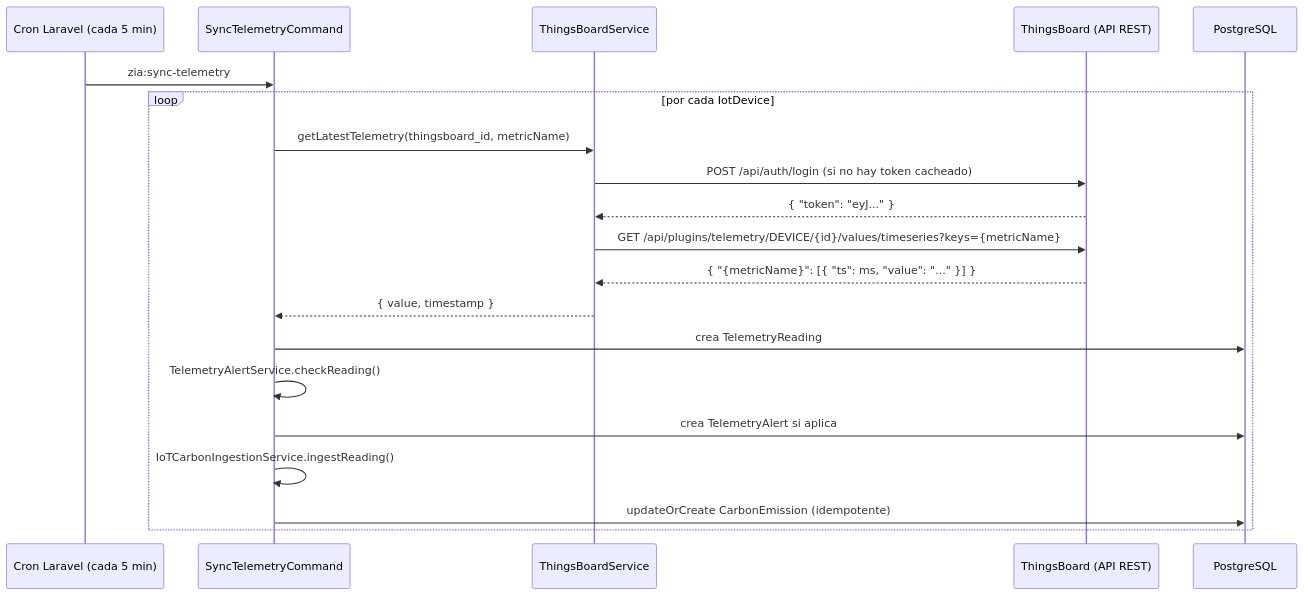
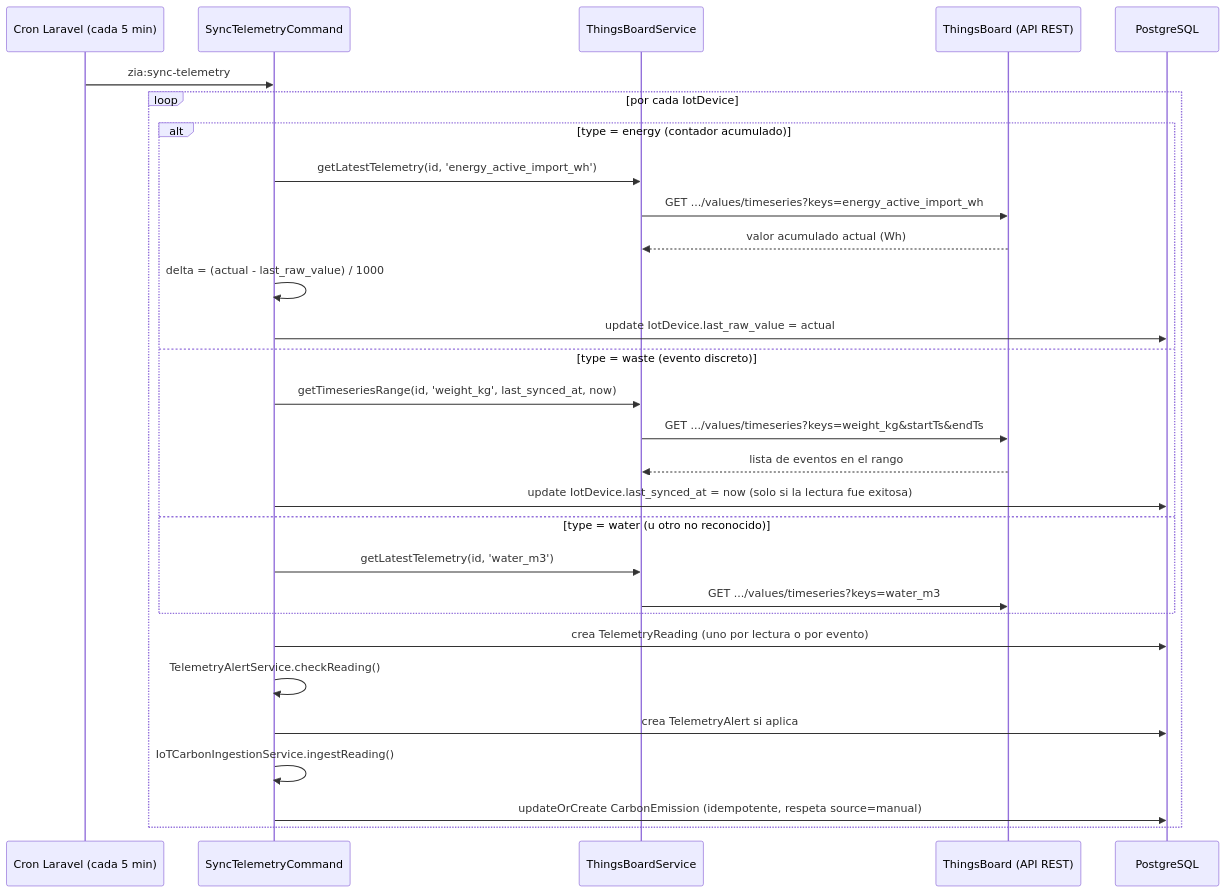
The diagram in docs/architecture/thingsboard-integration.md (ljgarciap/ZiaMonorepo), drawn with Mermaid before and after one commit. The commit also changed other lines of this file and 11 other files, not shown here.

First line of the commit message:
feat(iot): calcula delta acumulado de energía real y agrega ingesta de residuos por evento

````diff
--- a/docs/architecture/thingsboard-integration.md
+++ b/docs/architecture/thingsboard-integration.md
@@ -36,23 +61,32 @@
 ```mermaid
 sequenceDiagram
     participant Cron as Cron Laravel (cada 5 min)
     participant Cmd as SyncTelemetryCommand
     participant TBS as ThingsBoardService
     participant TB as ThingsBoard (API REST)
     participant DB as PostgreSQL
 
     Cron->>Cmd: zia:sync-telemetry
     loop por cada IotDevice
-        Cmd->>TBS: getLatestTelemetry(thingsboard_id, metricName)
-        TBS->>TB: POST /api/auth/login (si no hay token cacheado)
-        TB-->>TBS: { "token": "eyJ..." }
-        TBS->>TB: GET /api/plugins/telemetry/DEVICE/{id}/values/timeseries?keys={metricName}
-        TB-->>TBS: { "{metricName}": [{ "ts": ms, "value": "..." }] }
-        TBS-->>Cmd: { value, timestamp }
-        Cmd->>DB: crea TelemetryReading
+        alt type = energy (contador acumulado)
+            Cmd->>TBS: getLatestTelemetry(id, 'energy_active_import_wh')
+            TBS->>TB: GET .../values/timeseries?keys=energy_active_import_wh
+            TB-->>TBS: valor acumulado actual (Wh)
+            Cmd->>Cmd: delta = (actual - last_raw_value) / 1000
+            Cmd->>DB: update IotDevice.last_raw_value = actual
+        else type = waste (evento discreto)
+            Cmd->>TBS: getTimeseriesRange(id, 'weight_kg', last_synced_at, now)
+            TBS->>TB: GET .../values/timeseries?keys=weight_kg&startTs&endTs
+            TB-->>TBS: lista de eventos en el rango
+            Cmd->>DB: update IotDevice.last_synced_at = now (solo si la lectura fue exitosa)
+        else type = water (u otro no reconocido)
+            Cmd->>TBS: getLatestTelemetry(id, 'water_m3')
+            TBS->>TB: GET .../values/timeseries?keys=water_m3
+        end
+        Cmd->>DB: crea TelemetryReading (uno por lectura o por evento)
         Cmd->>Cmd: TelemetryAlertService.checkReading()
         Cmd->>DB: crea TelemetryAlert si aplica
         Cmd->>Cmd: IoTCarbonIngestionService.ingestReading()
-        Cmd->>DB: updateOrCreate CarbonEmission (idempotente)
+        Cmd->>DB: updateOrCreate CarbonEmission (idempotente, respeta source=manual)
     end
 ```
````
